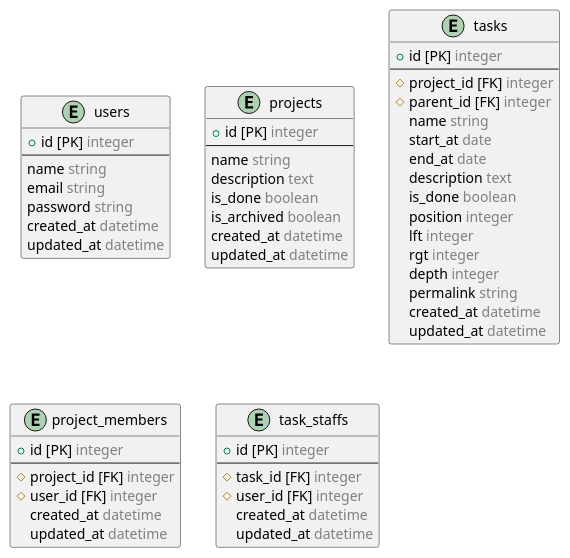
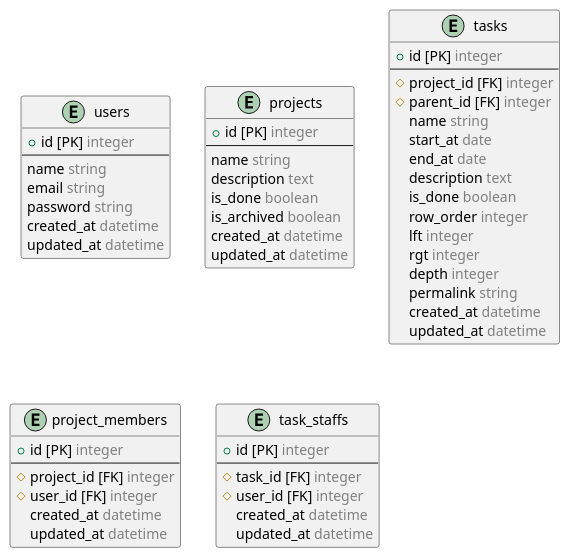
The diagram in docs/erd/src/entity.pu (musashi-634/taskwith), drawn with PlantUML before and after one commit. The commit also changed 1 other file, not shown here.

Commit message:
docs: #25 ER図を修正する

```diff
--- a/docs/erd/src/entity.pu
+++ b/docs/erd/src/entity.pu
@@ -1,61 +1,61 @@
 @startuml erd
 
   entity "users" {
     + id [PK] <color:gray>integer</color>
     --
     name <color:gray>string</color>
     email <color:gray>string</color>
     password <color:gray>string</color>
     created_at <color:gray>datetime</color>
     updated_at <color:gray>datetime</color>
   }
 
   entity "projects" {
     + id [PK] <color:gray>integer</color>
     --
     name <color:gray>string</color>
     description <color:gray>text</color>
     is_done <color:gray>boolean</color>
     is_archived <color:gray>boolean</color>
     created_at <color:gray>datetime</color>
     updated_at <color:gray>datetime</color>
   }
 
   entity "tasks" {
     + id [PK] <color:gray>integer</color>
     --
     # project_id [FK] <color:gray>integer</color>
     # parent_id [FK] <color:gray>integer</color>
     name <color:gray>string</color>
     start_at <color:gray>date</color>
     end_at <color:gray>date</color>
     description <color:gray>text</color>
     is_done <color:gray>boolean</color>
-    position <color:gray>integer</color>
+    row_order <color:gray>integer</color>
     lft <color:gray>integer</color>
     rgt <color:gray>integer</color>
     depth <color:gray>integer</color>
     permalink <color:gray>string</color>
     created_at <color:gray>datetime</color>
     updated_at <color:gray>datetime</color>
   }
 
   entity "project_members" {
     + id [PK] <color:gray>integer</color>
     --
     # project_id [FK] <color:gray>integer</color>
     # user_id [FK] <color:gray>integer</color>
     created_at <color:gray>datetime</color>
     updated_at <color:gray>datetime</color>
   }
 
   entity "task_staffs" {
     + id [PK] <color:gray>integer</color>
     --
     # task_id [FK] <color:gray>integer</color>
     # user_id [FK] <color:gray>integer</color>
     created_at <color:gray>datetime</color>
     updated_at <color:gray>datetime</color>
   }
 
 @enduml
```
